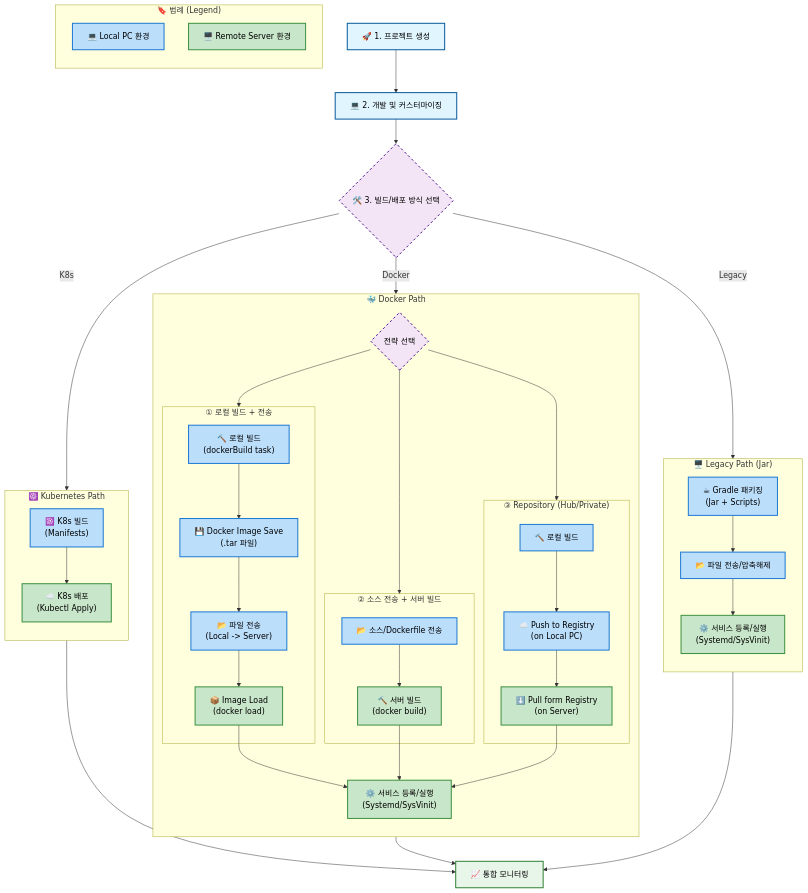
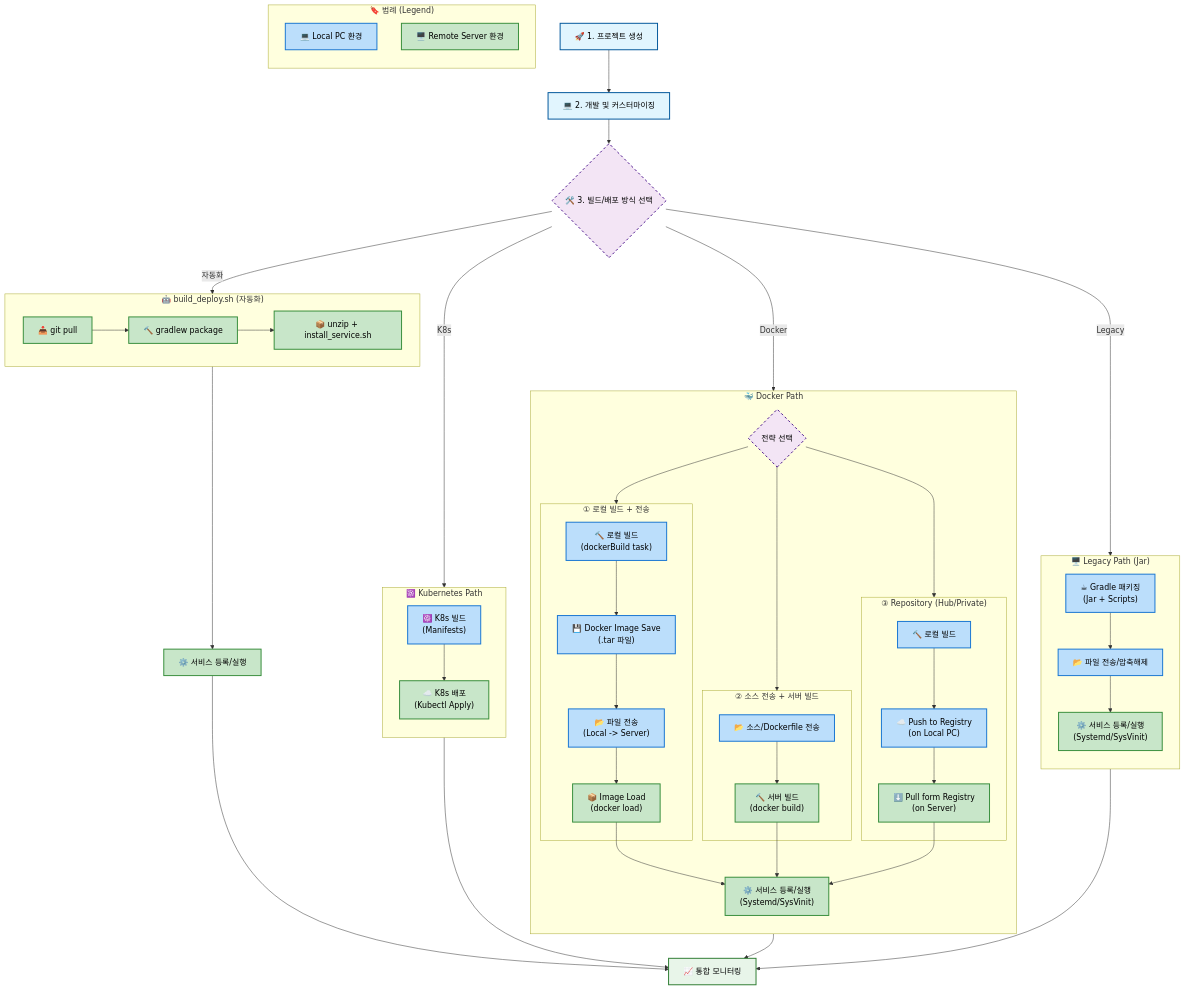
The first of 2 diagrams in README.md (MJ-Youn/build-template), drawn with Mermaid before and after one commit. The commit also changed other lines of this file and 2 other files, not shown here.

````diff
--- a/README.md
+++ b/README.md
@@ -278,6 +339,16 @@
 flowchart TD
     Start["🚀 1. 프로젝트 생성"] --> Dev["💻 2. 개발 및 커스터마이징"]
     Dev --> BuildSelect{"🛠️ 3. 빌드/배포 방식 선택"}
+
+    %% 자동화 스크립트 (build_deploy.sh)
+    subgraph AutoScript ["🤖 build_deploy.sh (자동화)"]
+        direction LR
+        AS1["📥 git pull"] --> AS2["🔨 gradlew package"]
+        AS2 --> AS3["📦 unzip + install_service.sh"]
+    end
+
+    BuildSelect -->|자동화| AutoScript
+    AutoScript --> LegacyDeploy2["⚙️ 서비스 등록/실행"]
 
     %% 서브그래프: Legacy
     subgraph Legacy ["🖥️ Legacy Path (Jar)"]
@@ -341,6 +412,7 @@
     BuildSelect -->|K8s| K8sBuild
 
     LegacyDeploy --> Monitor["📈 통합 모니터링"]
+    LegacyDeploy2 --> Monitor
     DockerService --> Monitor
     K8sDeploy --> Monitor
 
@@ -370,5 +442,6 @@
 
     %% Nodes & Legend Styling (Local vs Remote)
     class LegacyBuild,LegacyTrans,K8sBuild,D1_Build,D1_Save,D1_Trans,D2_Trans,D3_Build,D3_Push,L1 local_env;
-    class LegacyDeploy,K8sDeploy,D1_Load,D2_Build,D3_Pull,DockerService,L2 remote_env;
+    class LegacyDeploy,LegacyDeploy2,K8sDeploy,D1_Load,D2_Build,D3_Pull,DockerService,L2 remote_env;
+    class AS1,AS2,AS3 remote_env;
 ```
````
